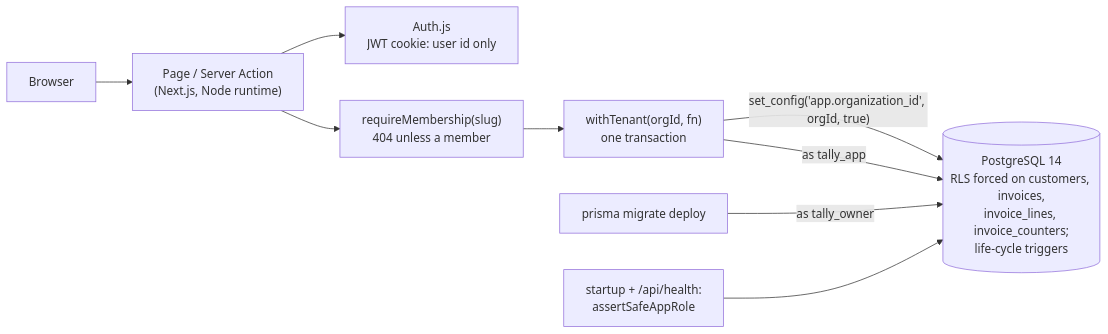
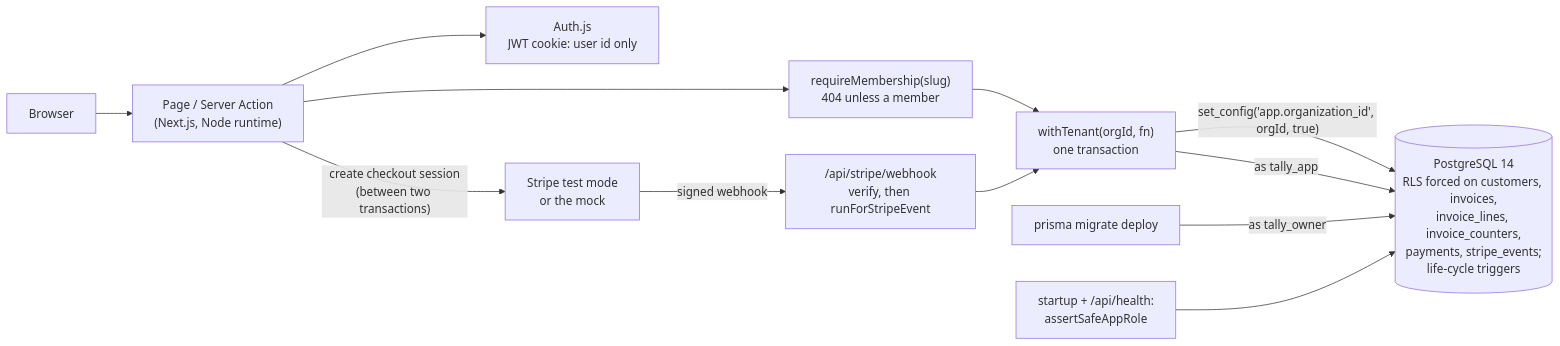
Before and after one commit to vivekdavara/tally: the diagram in README.md, drawn with Mermaid. The commit also changed other lines of this file, not shown here.

First line of the commit message:
README: day 3 status, what billing guarantees, how to run it

````diff
--- a/README.md
+++ b/README.md
@@ -52,11 +65,14 @@
 ```mermaid
 flowchart LR
     B[Browser] --> P["Page / Server Action<br/>(Next.js, Node runtime)"]
     P --> A["Auth.js<br/>JWT cookie: user id only"]
     P --> D["requireMembership(slug)<br/>404 unless a member"]
     D --> T["withTenant(orgId, fn)<br/>one transaction"]
-    T -->|"set_config('app.organization_id', orgId, true)"| PG[("PostgreSQL 14<br/>RLS forced on customers, invoices,<br/>invoice_lines, invoice_counters;<br/>life-cycle triggers")]
+    T -->|"set_config('app.organization_id', orgId, true)"| PG[("PostgreSQL 14<br/>RLS forced on customers, invoices,<br/>invoice_lines, invoice_counters,<br/>payments, stripe_events;<br/>life-cycle triggers")]
     T -->|"as tally_app"| PG
     M["prisma migrate deploy"] -->|"as tally_owner"| PG
     S["startup + /api/health:<br/>assertSafeAppRole"] --> PG
+    P -->|"create checkout session<br/>(between two transactions)"| X["Stripe test mode<br/>or the mock"]
+    X -->|"signed webhook"| W["/api/stripe/webhook<br/>verify, then runForStripeEvent"]
+    W --> T
 ```
````
